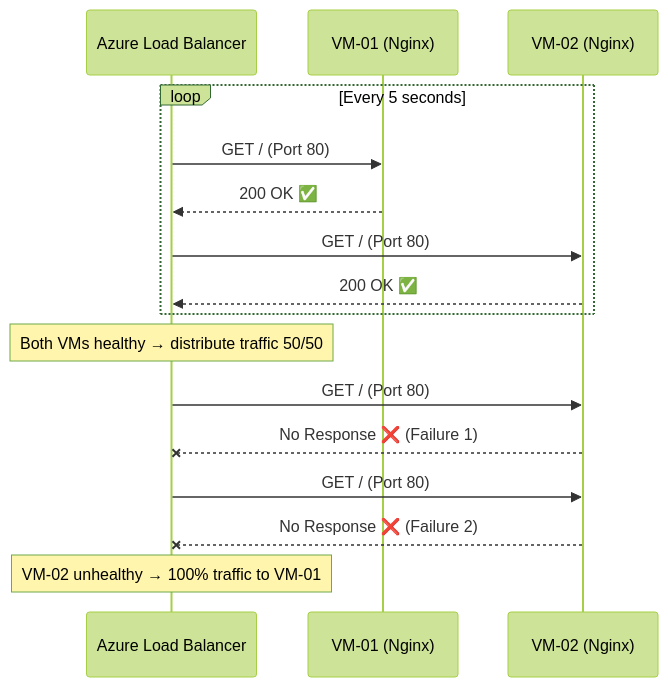
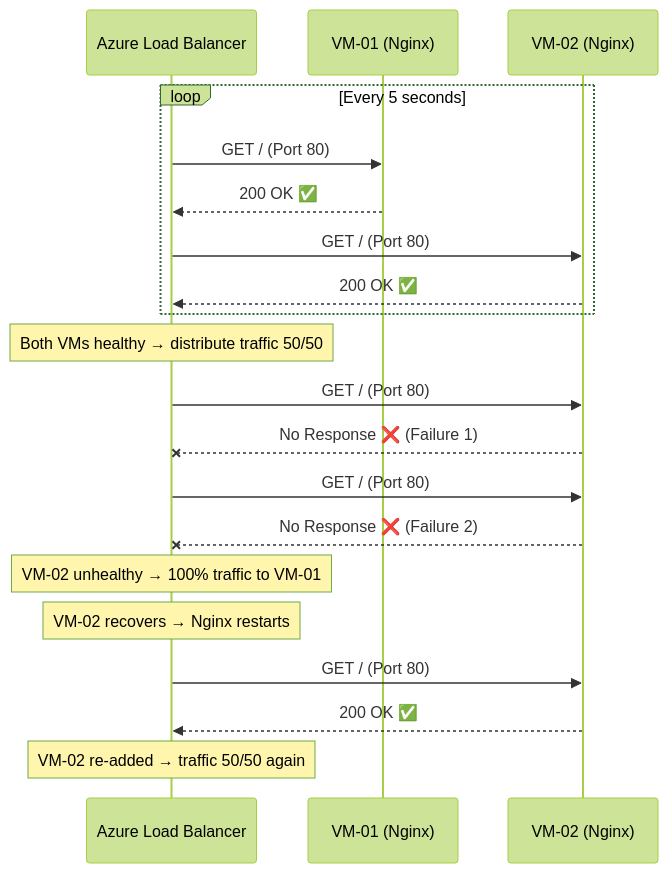
The fourth of 5 diagrams in docs/cloud-infrastructure/AzureArchitecture.md (adamyudhistiramuhtar-byte/SistrackV2), drawn with Mermaid (forest theme) before and after one commit. The commit also changed other lines of this file and 15 other files, not shown here.

Commit message:
docs: overhaul project documentation with comprehensive cloud architecture guides and professionalize README content

````diff
--- a/docs/cloud-infrastructure/AzureArchitecture.md
+++ b/docs/cloud-infrastructure/AzureArchitecture.md
@@ -265,22 +312,27 @@
 ```mermaid
 sequenceDiagram
     participant LB as Azure Load Balancer
     participant VM1 as VM-01 (Nginx)
     participant VM2 as VM-02 (Nginx)
     
     loop Every 5 seconds
         LB->>VM1: GET / (Port 80)
         VM1-->>LB: 200 OK ✅
         LB->>VM2: GET / (Port 80)
         VM2-->>LB: 200 OK ✅
     end
     
     Note over LB: Both VMs healthy → distribute traffic 50/50
     
     LB->>VM2: GET / (Port 80)
     VM2--xLB: No Response ❌ (Failure 1)
     LB->>VM2: GET / (Port 80)
     VM2--xLB: No Response ❌ (Failure 2)
     
     Note over LB: VM-02 unhealthy → 100% traffic to VM-01
+    
+    Note over LB: VM-02 recovers → Nginx restarts
+    LB->>VM2: GET / (Port 80)
+    VM2-->>LB: 200 OK ✅
+    Note over LB: VM-02 re-added → traffic 50/50 again
 ```
````
